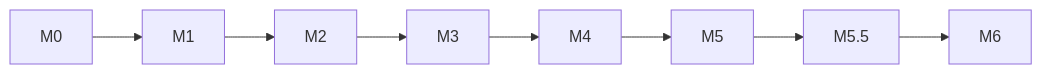
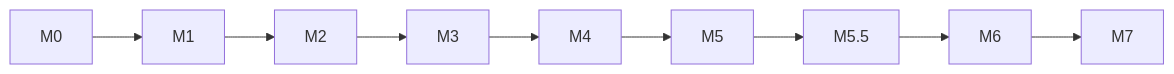
The diagram in docs/roadmap.md (IgorPacheco1/Easy-finance), drawn with Mermaid before and after one commit. The commit also changed other lines of this file and 5 other files, not shown here.

````diff
--- a/docs/roadmap.md
+++ b/docs/roadmap.md
@@ -190,4 +218,4 @@
 ```mermaid
 flowchart LR
-    M0 --> M1 --> M2 --> M3 --> M4 --> M5 --> M55["M5.5"] --> M6
+    M0 --> M1 --> M2 --> M3 --> M4 --> M5 --> M55["M5.5"] --> M6 --> M7
 ```
````
